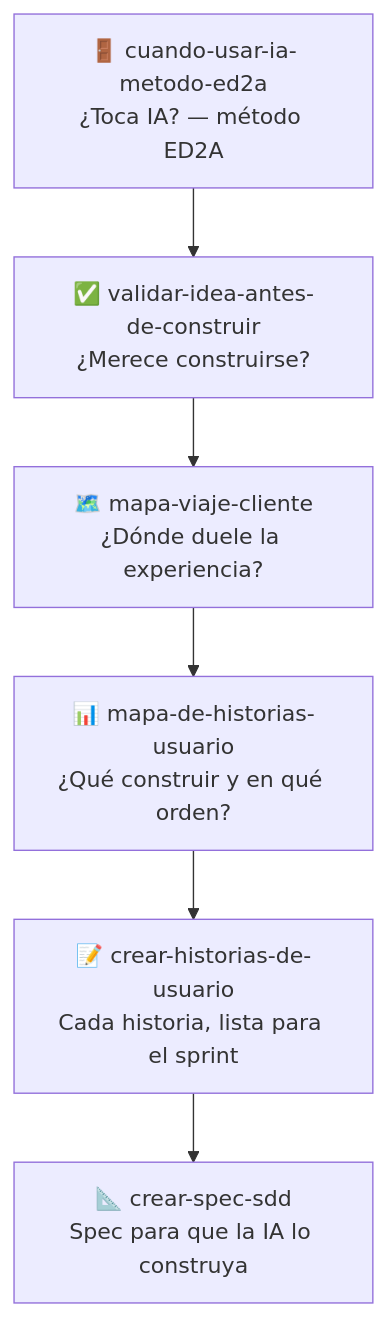
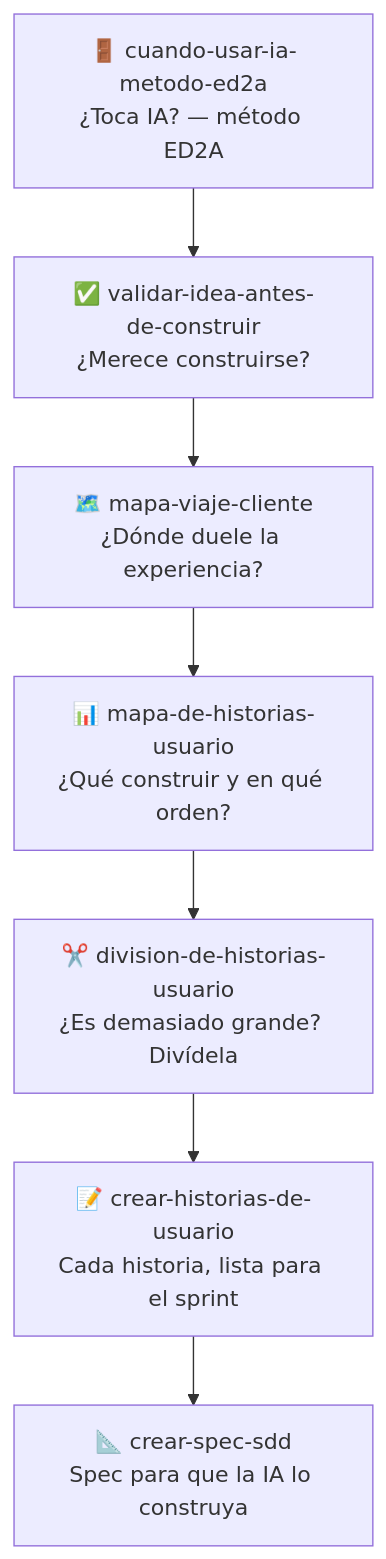
Before and after one commit to javier-garzas/ia-product-management: the diagram in README.md, drawn with Mermaid. The commit also changed other lines of this file and 1 other file, not shown here.

Commit message:
Anade la skill division-de-historias-usuario (8 patrones de division)

````diff
--- a/README.md
+++ b/README.md
@@ -28,10 +28,11 @@
 ```mermaid
 flowchart TD
     A["🚪 cuando-usar-ia-metodo-ed2a<br/>¿Toca IA? — método ED2A"]
     B["✅ validar-idea-antes-de-construir<br/>¿Merece construirse?"]
     C["🗺️ mapa-viaje-cliente<br/>¿Dónde duele la experiencia?"]
     D["📊 mapa-de-historias-usuario<br/>¿Qué construir y en qué orden?"]
+    G["✂️ division-de-historias-usuario<br/>¿Es demasiado grande? Divídela"]
     E["📝 crear-historias-de-usuario<br/>Cada historia, lista para el sprint"]
     F["📐 crear-spec-sdd<br/>Spec para que la IA lo construya"]
-    A --> B --> C --> D --> E --> F
+    A --> B --> C --> D --> G --> E --> F
 ```
````
